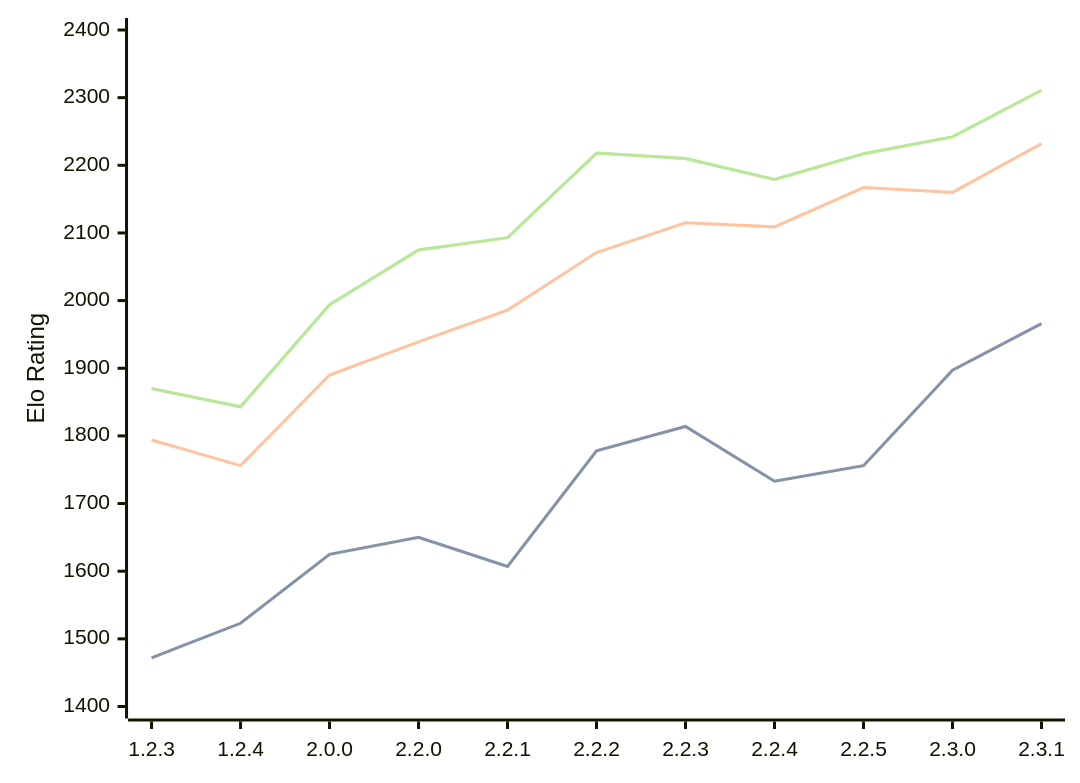
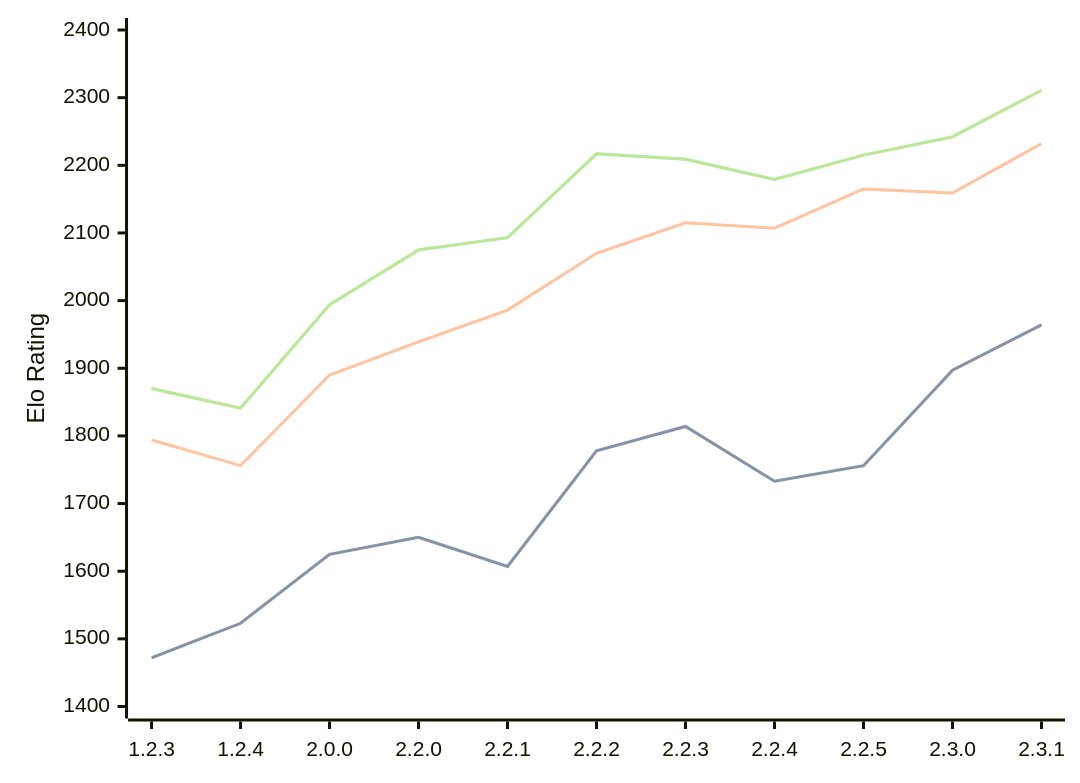
The diagram in engines/Kreveta.md (computer-chess-index/cci), drawn with Mermaid before and after one commit. The commit also changed other lines of this file, not shown here.

Commit message:
Update CCI Ratings (ELO VLTC) - 2026-09-11

````diff
--- a/engines/Kreveta.md
+++ b/engines/Kreveta.md
@@ -43,11 +43,11 @@
 ```mermaid
 %%{init: {"theme":"base","themeVariables":{"seriesColors:['#a3a3a3','#222221','#faa371']}}}%%
 xychart-beta
   x-axis ["1.2.3", "1.2.4", "2.0.0", "2.2.0", "2.2.1", "2.2.2", "2.2.3", "2.2.4", "2.2.5", "2.3.0", "2.3.1"]
   y-axis "Elo Rating" 1400 --> 2400
-  line "" [1472, 1523, 1625, 1650, 1607, 1778, 1814, 1733, 1756, 1897, 1966]
-  line "STC (8.0+0.08s)" [1472, 1523, 1625, 1650, 1607, 1778, 1814, 1733, 1756, 1897, 1966]
-  line "LTC (60.0+0.60s)" [1794, 1756, 1890, 1939, 1986, 2071, 2115, 2109, 2167, 2160, 2232]
-  line "" [1870, 1843, 1994, 2075, 2093, 2218, 2210, 2179, 2217, 2242, 2311]
-  line "VLTC (2m24s+1.12s)" [1870, 1843, 1994, 2075, 2093, 2218, 2210, 2179, 2217, 2242, 2311]
+  line "" [1472, 1523, 1625, 1650, 1607, 1778, 1814, 1733, 1756, 1897, 1964]
+  line "STC (8.0+0.08s)" [1472, 1523, 1625, 1650, 1607, 1778, 1814, 1733, 1756, 1897, 1964]
+  line "LTC (60.0+0.60s)" [1794, 1756, 1890, 1939, 1986, 2070, 2115, 2107, 2165, 2159, 2232]
+  line "" [1870, 1841, 1994, 2075, 2093, 2217, 2209, 2179, 2215, 2242, 2311]
+  line "VLTC (2m24s+1.12s)" [1870, 1841, 1994, 2075, 2093, 2217, 2209, 2179, 2215, 2242, 2311]
 ```
````
